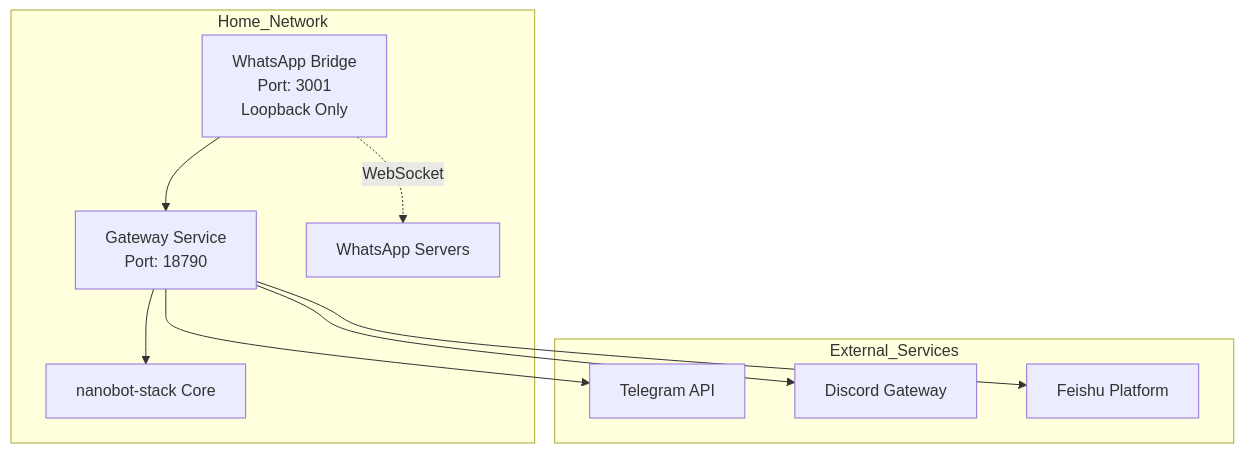
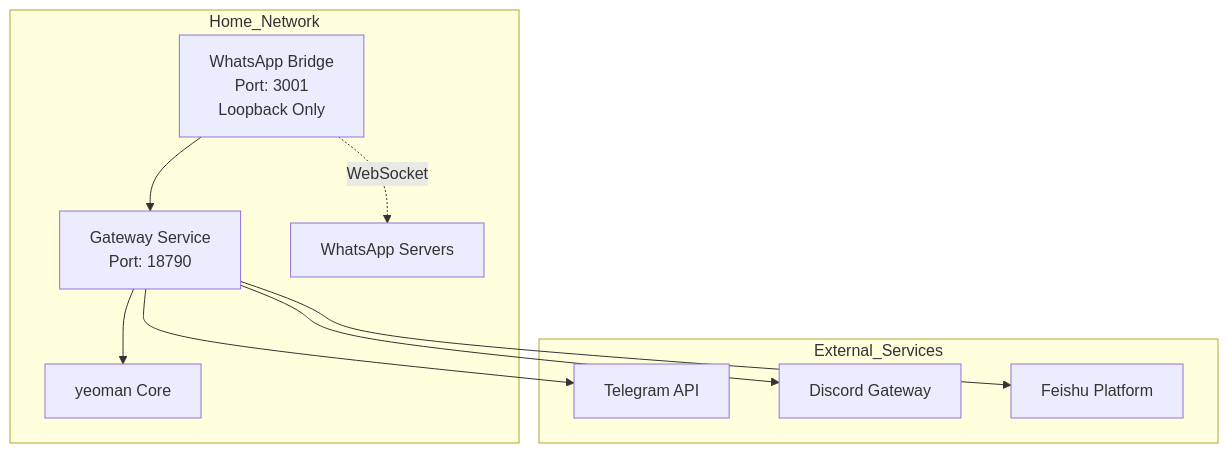
One commit to dimitree2k/nanobot-stack changed the first of 7 diagrams in plans/external-access-options.md. Above: the diagram before and after it, drawn with Mermaid. The commit also changed other lines of this file and 12 other files, not shown here.

````diff
--- a/plans/external-access-options.md
+++ b/plans/external-access-options.md
@@ -12,22 +12,22 @@
 ```mermaid
 flowchart TB
     subgraph Home_Network
         GW[Gateway Service<br/>Port: 18790]
         WB[WhatsApp Bridge<br/>Port: 3001<br/>Loopback Only]
-        NB[nanobot-stack Core]
+        NB[yeoman Core]
         
         GW --> NB
         WB --> GW
         WB -.->|WebSocket| WA[WhatsApp Servers]
     end
     
     subgraph External_Services
         TG[Telegram API]
         DC[Discord Gateway]
         FS[Feishu Platform]
     end
     
     GW --> TG
     GW --> DC
     GW --> FS
 ```
````
